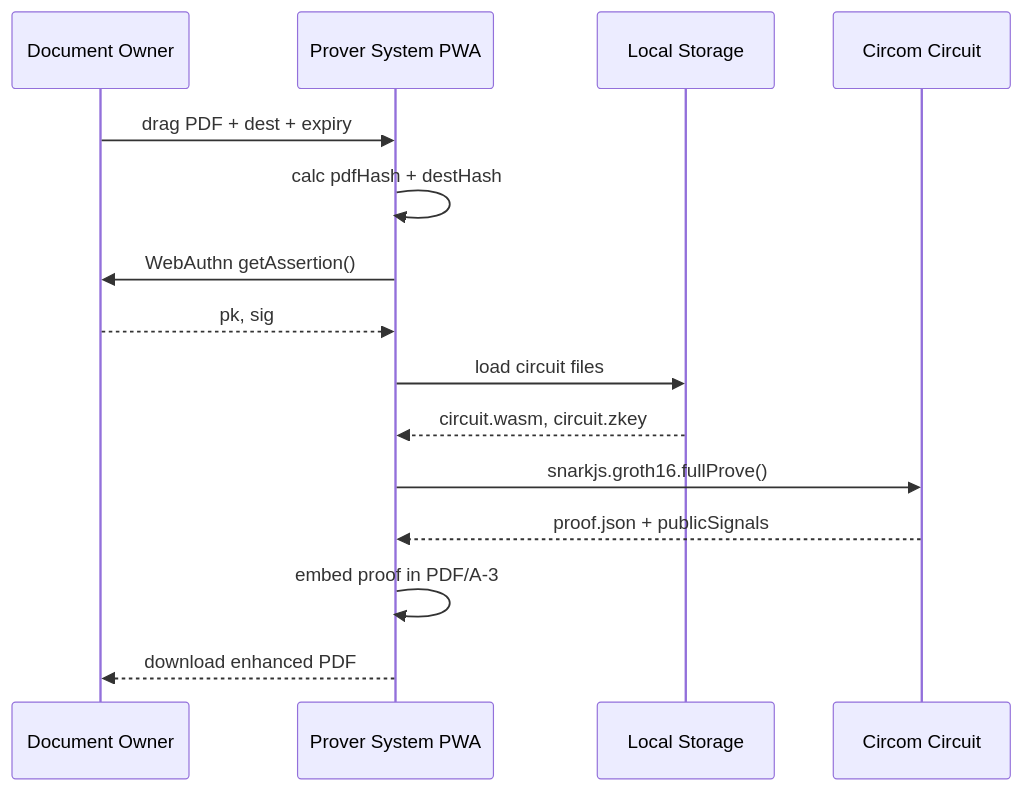
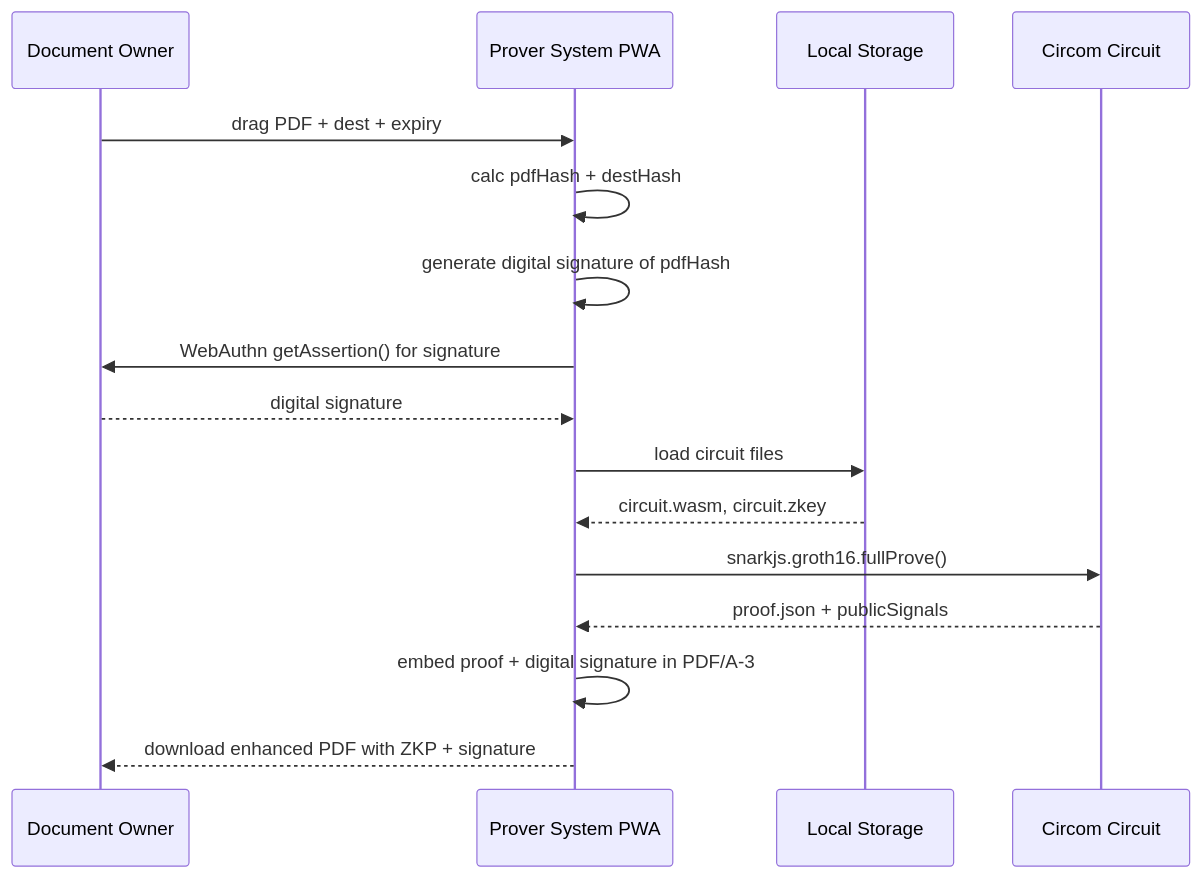
Before and after one commit to Blank-Vulture/Tri-CertFramework: the second of 4 diagrams in documents/FSDv2.md, drawn with Mermaid. The commit also changed other lines of this file and 51 other files, not shown here.

````diff
--- a/documents/FSDv2.md
+++ b/documents/FSDv2.md
@@ -90,18 +95,19 @@
 ```mermaid
 sequenceDiagram
     participant Owner as Document Owner
     participant PWA as Prover System PWA
     participant LS as Local Storage
     participant Circuit as Circom Circuit
 
     Owner->>PWA: drag PDF + dest + expiry
     PWA->>PWA: calc pdfHash + destHash
-    PWA->>Owner: WebAuthn getAssertion()
-    Owner-->>PWA: pk, sig
+    PWA->>PWA: generate digital signature of pdfHash
+    PWA->>Owner: WebAuthn getAssertion() for signature
+    Owner-->>PWA: digital signature
     PWA->>LS: load circuit files
     LS-->>PWA: circuit.wasm, circuit.zkey
     PWA->>Circuit: snarkjs.groth16.fullProve()
     Circuit-->>PWA: proof.json + publicSignals
-    PWA->>PWA: embed proof in PDF/A-3
-    PWA-->>Owner: download enhanced PDF
+    PWA->>PWA: embed proof + digital signature in PDF/A-3
+    PWA-->>Owner: download enhanced PDF with ZKP + signature
 ```
````
